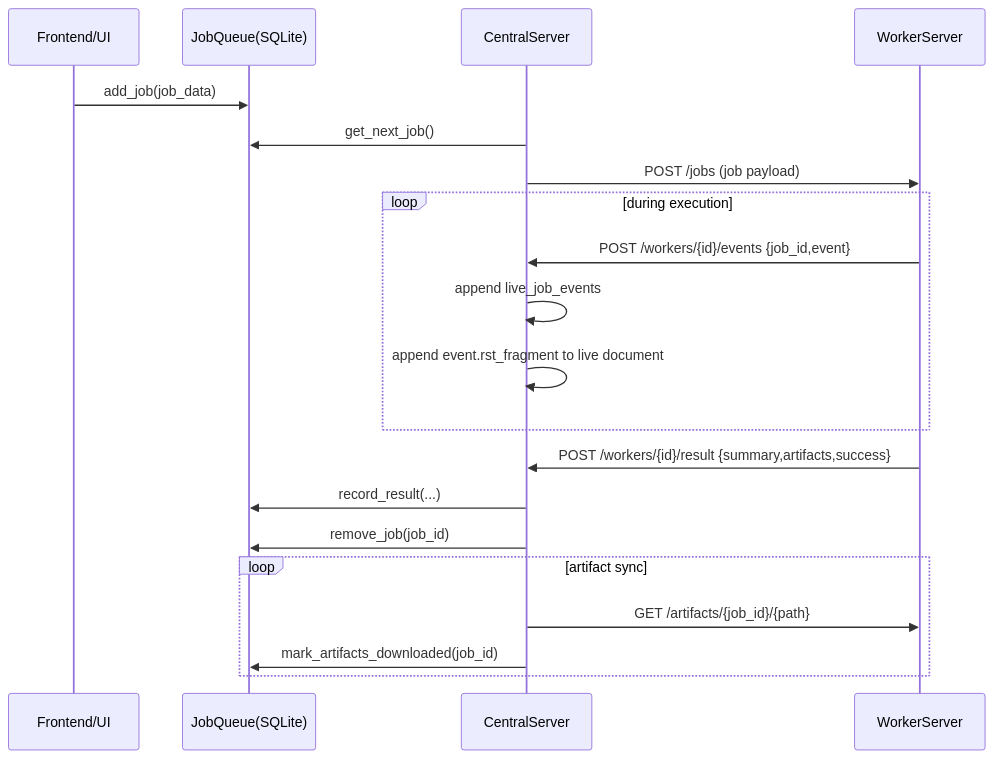
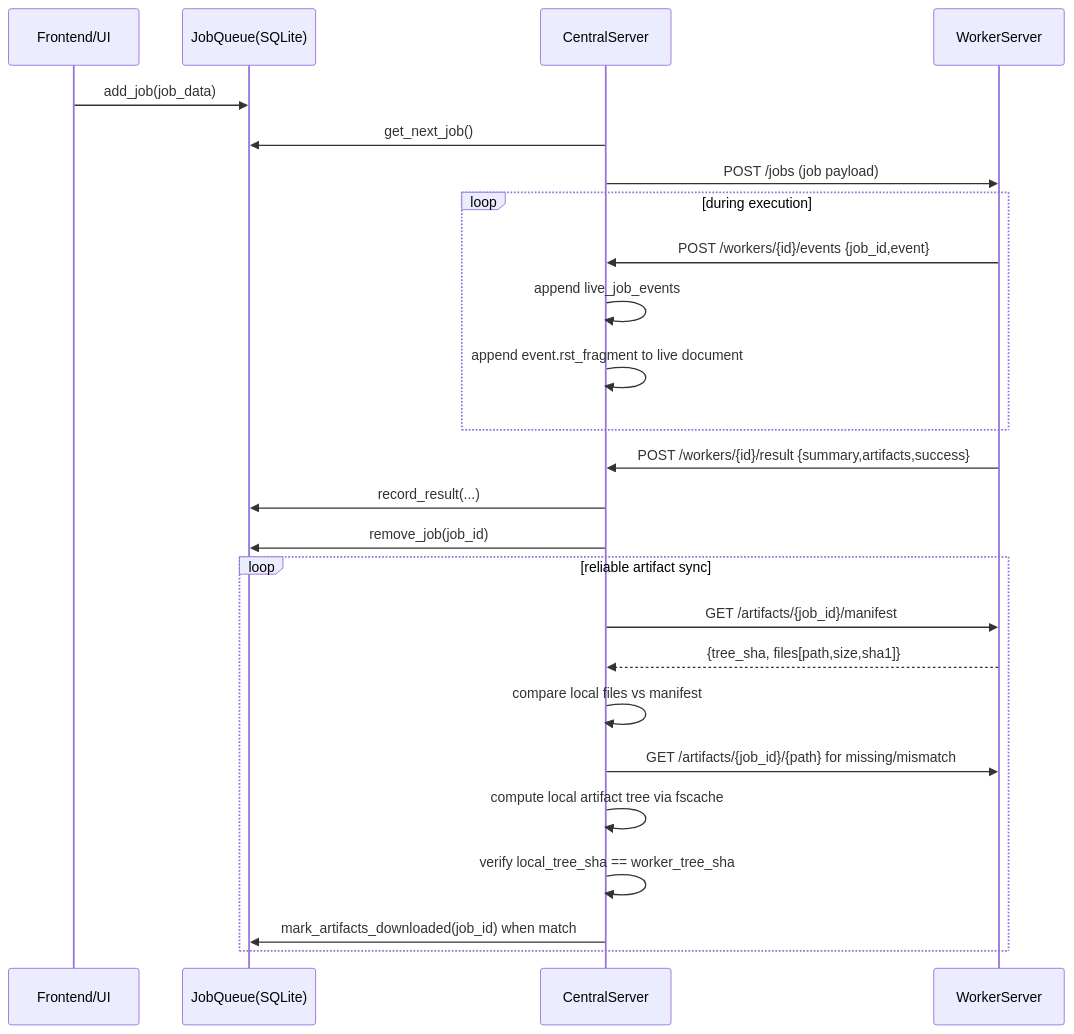
The second of 2 diagrams in automationv3/docs/execution_reporting.rst (fillet54/exp-jq), drawn with Mermaid before and after one commit. The commit also changed other lines of this file and 7 other files, not shown here.

```diff
--- a/automationv3/docs/execution_reporting.rst
+++ b/automationv3/docs/execution_reporting.rst
@@ -81,23 +81,28 @@
 .. mermaid::
 
    sequenceDiagram
        participant FE as Frontend/UI
        participant Q as JobQueue(SQLite)
        participant C as CentralServer
        participant W as WorkerServer
 
        FE->>Q: add_job(job_data)
        C->>Q: get_next_job()
        C->>W: POST /jobs (job payload)
        loop during execution
            W->>C: POST /workers/{id}/events {job_id,event}
            C->>C: append live_job_events
            C->>C: append event.rst_fragment to live document
        end
        W->>C: POST /workers/{id}/result {summary,artifacts,success}
        C->>Q: record_result(...)
        C->>Q: remove_job(job_id)
-       loop artifact sync
-           C->>W: GET /artifacts/{job_id}/{path}
-           C->>Q: mark_artifacts_downloaded(job_id)
+       loop reliable artifact sync
+           C->>W: GET /artifacts/{job_id}/manifest
+           W-->>C: {tree_sha, files[path,size,sha1]}
+           C->>C: compare local files vs manifest
+           C->>W: GET /artifacts/{job_id}/{path} for missing/mismatch
+           C->>C: compute local artifact tree via fscache
+           C->>C: verify local_tree_sha == worker_tree_sha
+           C->>Q: mark_artifacts_downloaded(job_id) when match
        end
```
